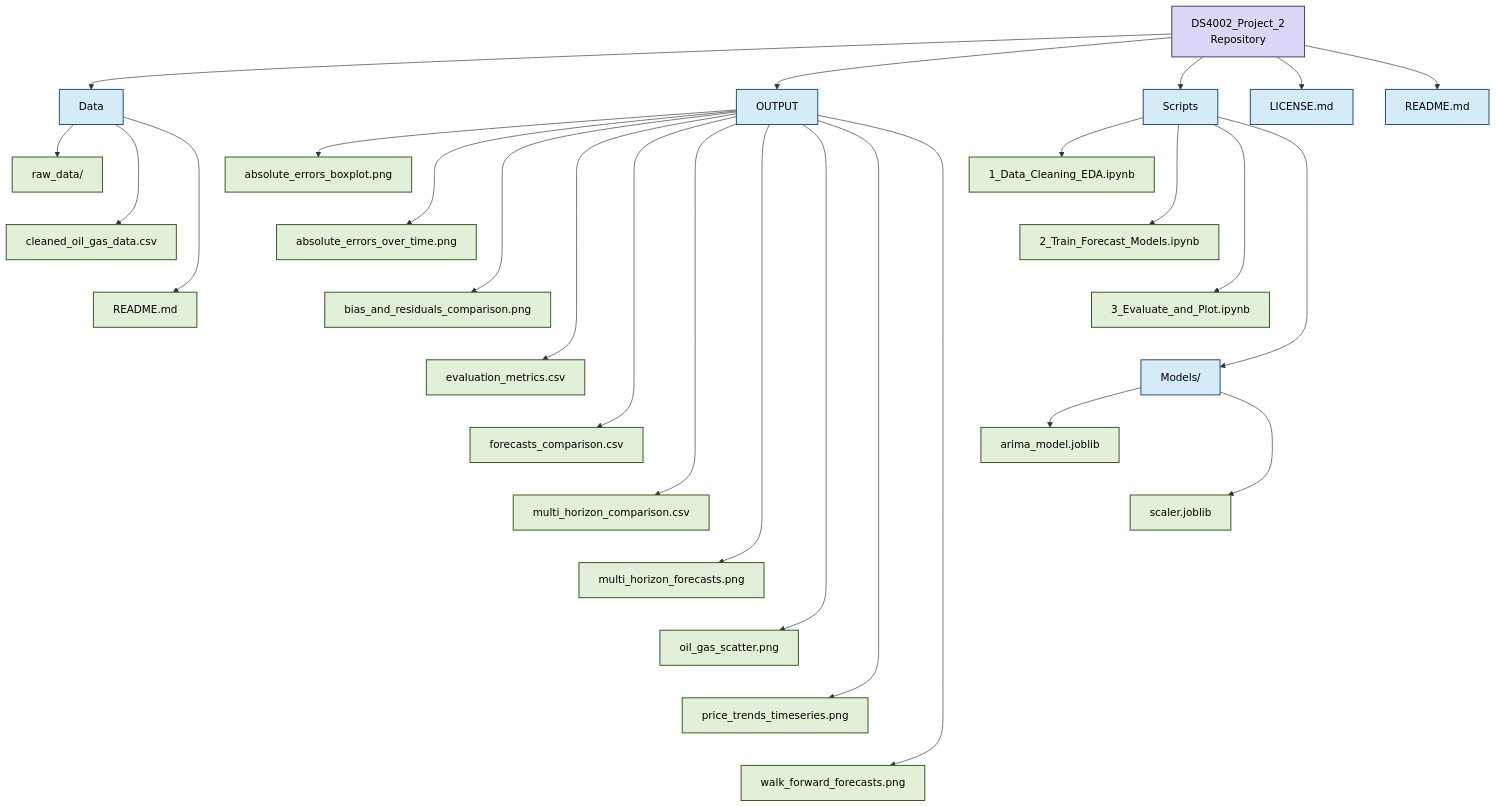
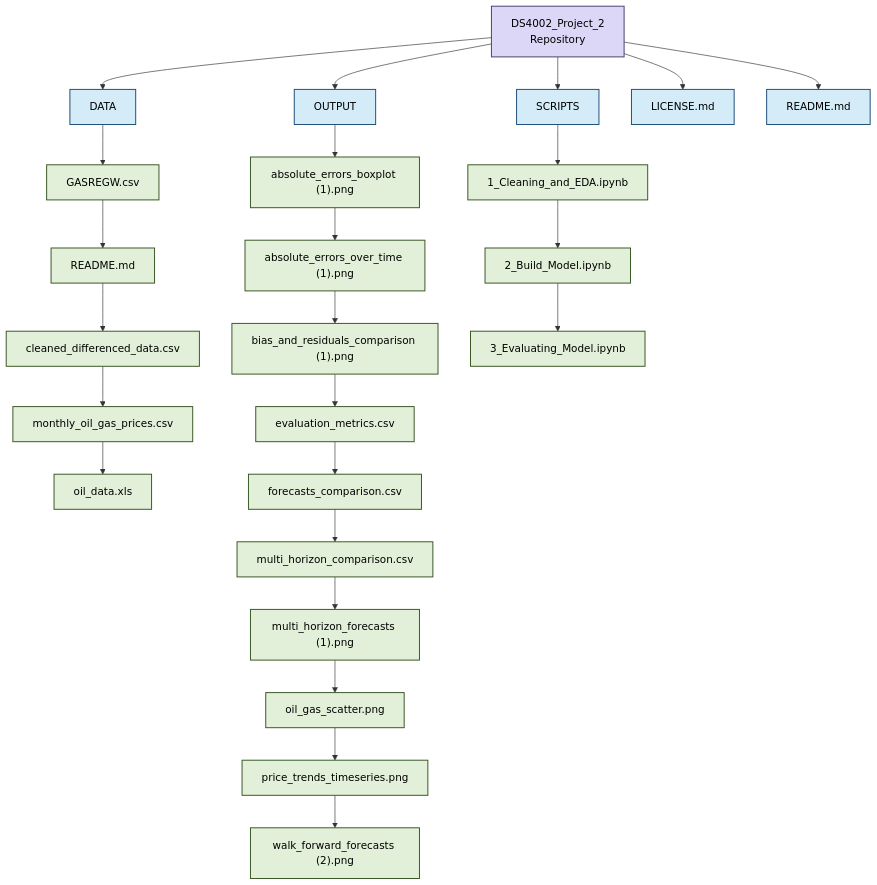
One commit to oliviapang/DS4002_Project_2 changed the diagram in README.md. Above: the diagram before and after it, drawn with Mermaid.

Commit message:
Update README structure and file references

````diff
--- a/README.md
+++ b/README.md
@@ -13,48 +13,41 @@
 ```mermaid
 graph TD
     %% Styling Definitions
     classDef purple fill:#DCD6F7,stroke:#4B3F72,stroke-width:1.5px,color:#000;
     classDef blue fill:#D4EBF8,stroke:#1F4E79,stroke-width:1.5px,color:#000;
     classDef green fill:#E2F0D9,stroke:#385723,stroke-width:1.5px,color:#000;
 
     %% Root
     Root["DS4002_Project_2<br/>Repository"]:::purple
 
-    %% Top-Level Level
-    Root --> Data["Data"]:::blue
-    Root --> Output["OUTPUT"]:::blue
-    Root --> Scripts["Scripts"]:::blue
-    Root --> License["LICENSE.md"]:::blue
-    Root --> Readme["README.md"]:::blue
+    %% Top-Level Direct Folders and Files
+    Root --> DATA["DATA"]:::blue
+    Root --> OUTPUT["OUTPUT"]:::blue
+    Root --> SCRIPTS["SCRIPTS"]:::blue
+    Root --> LICENSE["LICENSE.md"]:::blue
+    Root --> README["README.md"]:::blue
 
-    %% Data Column (Connected from Data, chained vertically with ~~~)
-    Data --> D1["raw_data/"]:::green
-    Data --> D2["cleaned_oil_gas_data.csv"]:::green
-    Data --> D3["README.md"]:::green
-    D1 ~~~ D2 ~~~ D3
+    %% DATA Column (Vertical stack)
+    DATA --> D1["GASREGW.csv"]:::green
+    D1 --> D2["README.md"]:::green
+    D2 --> D3["cleaned_differenced_data.csv"]:::green
+    D3 --> D4["monthly_oil_gas_prices.csv"]:::green
+    D4 --> D5["oil_data.xls"]:::green
 
-    %% OUTPUT Column (Stacked vertically)
-    Output --> O1["absolute_errors_boxplot.png"]:::green
-    Output --> O2["absolute_errors_over_time.png"]:::green
-    Output --> O3["bias_and_residuals_comparison.png"]:::green
-    Output --> O4["evaluation_metrics.csv"]:::green
-    Output --> O5["forecasts_comparison.csv"]:::green
-    Output --> O6["multi_horizon_comparison.csv"]:::green
-    Output --> O7["multi_horizon_forecasts.png"]:::green
-    Output --> O8["oil_gas_scatter.png"]:::green
-    Output --> O9["price_trends_timeseries.png"]:::green
-    Output --> O10["walk_forward_forecasts.png"]:::green
-    O1 ~~~ O2 ~~~ O3 ~~~ O4 ~~~ O5 ~~~ O6 ~~~ O7 ~~~ O8 ~~~ O9 ~~~ O10
+    %% OUTPUT Column (Vertical stack)
+    OUTPUT --> O1["absolute_errors_boxplot (1).png"]:::green
+    O1 --> O2["absolute_errors_over_time (1).png"]:::green
+    O2 --> O3["bias_and_residuals_comparison (1).png"]:::green
+    O3 --> O4["evaluation_metrics.csv"]:::green
+    O4 --> O5["forecasts_comparison.csv"]:::green
+    O5 --> O6["multi_horizon_comparison.csv"]:::green
+    O6 --> O7["multi_horizon_forecasts (1).png"]:::green
+    O7 --> O8["oil_gas_scatter.png"]:::green
+    O8 --> O9["price_trends_timeseries.png"]:::green
+    O9 --> O10["walk_forward_forecasts (2).png"]:::green
 
-    %% Scripts Column (Stacked vertically)
-    Scripts --> S1["1_Data_Cleaning_EDA.ipynb"]:::green
-    Scripts --> S2["2_Train_Forecast_Models.ipynb"]:::green
-    Scripts --> S3["3_Evaluate_and_Plot.ipynb"]:::green
-    Scripts --> ModelFolder["Models/"]:::blue
-    S1 ~~~ S2 ~~~ S3 ~~~ ModelFolder
-
-    %% Models Sub-column
-    ModelFolder --> M1["arima_model.joblib"]:::green
-    ModelFolder --> M2["scaler.joblib"]:::green
-    M1 ~~~ M2
+    %% SCRIPTS Column (Vertical stack)
+    SCRIPTS --> S1["1_Cleaning_and_EDA.ipynb"]:::green
+    S1 --> S2["2_Build_Model.ipynb"]:::green
+    S2 --> S3["3_Evaluating_Model.ipynb"]:::green
 ```
````
